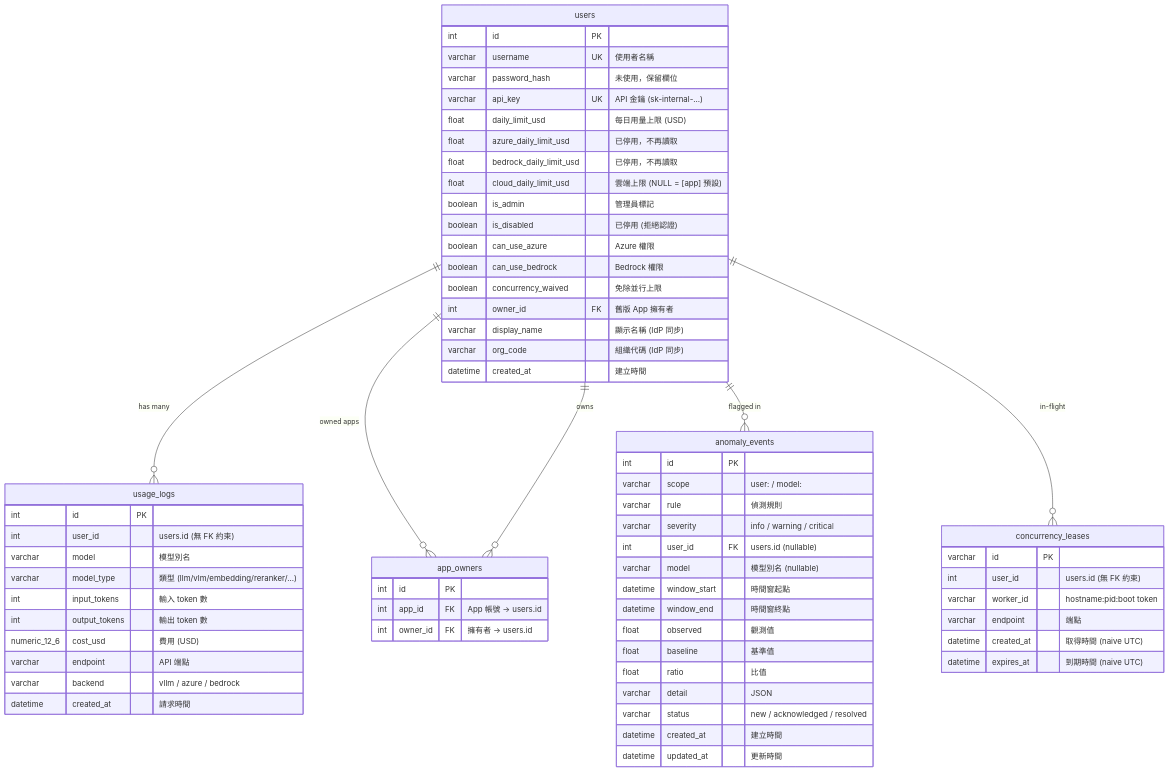
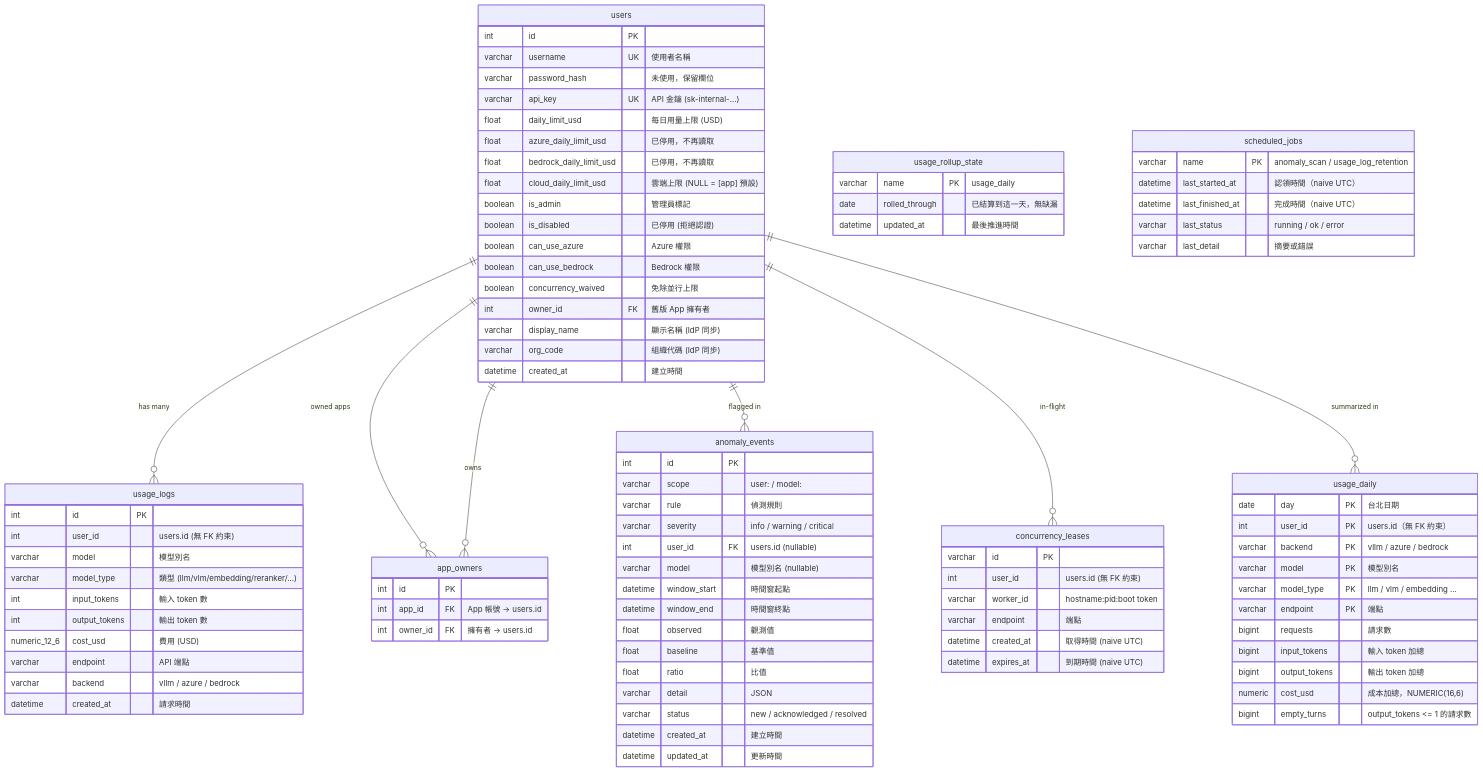
Before and after one commit to bwinken/llm-gateway: the diagram in alembic/README.zh-TW.md, drawn with Mermaid. The commit also changed other lines of this file and 13 other files, not shown here.

First line of the commit message:
Docs: cover usage_daily, scheduled_jobs and the in-gateway jobs everywhere

````diff
--- a/alembic/README.zh-TW.md
+++ b/alembic/README.zh-TW.md
@@ -160,9 +164,38 @@
         datetime expires_at "到期時間 (naive UTC)"
     }
 
+    usage_daily {
+        date day PK "台北日期"
+        int user_id PK "users.id（無 FK 約束）"
+        varchar backend PK "vllm / azure / bedrock"
+        varchar model PK "模型別名"
+        varchar model_type PK "llm / vlm / embedding ..."
+        varchar endpoint PK "端點"
+        bigint requests "請求數"
+        bigint input_tokens "輸入 token 加總"
+        bigint output_tokens "輸出 token 加總"
+        numeric cost_usd "成本加總，NUMERIC(16,6)"
+        bigint empty_turns "output_tokens <= 1 的請求數"
+    }
+
+    usage_rollup_state {
+        varchar name PK "usage_daily"
+        date rolled_through "已結算到這一天，無缺漏"
+        datetime updated_at "最後推進時間"
+    }
+
+    scheduled_jobs {
+        varchar name PK "anomaly_scan / usage_log_retention"
+        datetime last_started_at "認領時間（naive UTC）"
+        datetime last_finished_at "完成時間（naive UTC）"
+        varchar last_status "running / ok / error"
+        varchar last_detail "摘要或錯誤"
+    }
+
     users ||--o{ usage_logs : "has many"
     users ||--o{ app_owners : "owned apps"
     users ||--o{ app_owners : "owns"
     users ||--o{ anomaly_events : "flagged in"
     users ||--o{ concurrency_leases : "in-flight"
+    users ||--o{ usage_daily : "summarized in"
 ```
````
